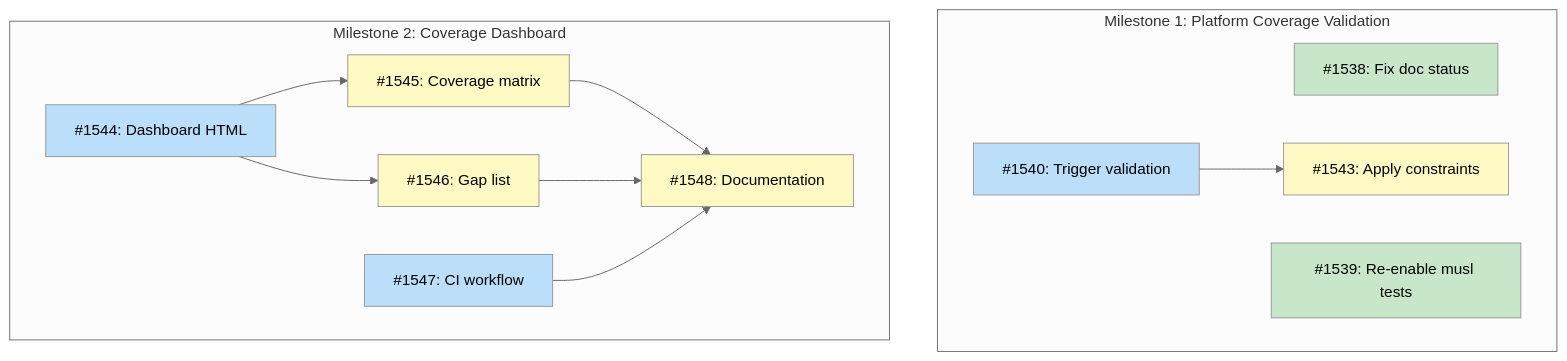
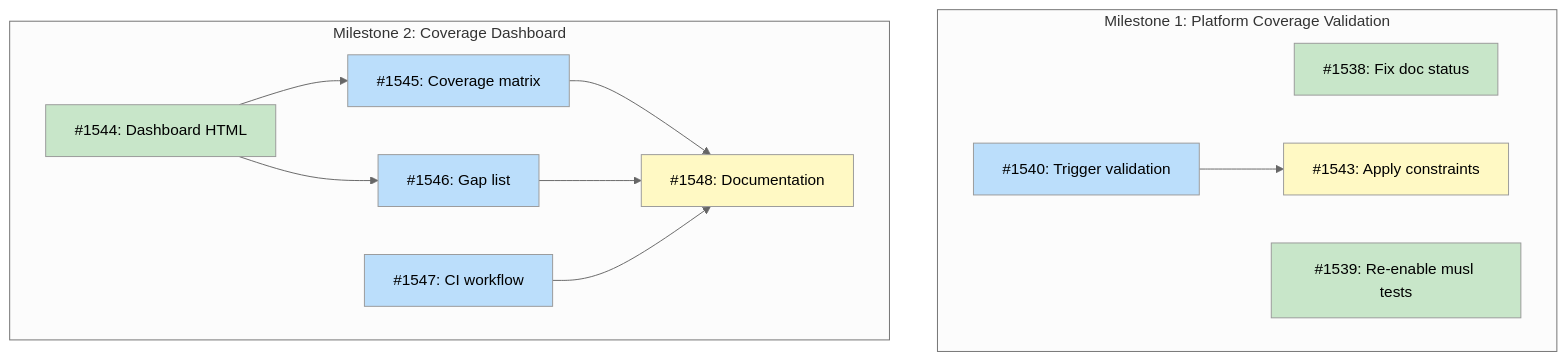
One commit to tsukumogami/tsuku changed the diagram in docs/designs/DESIGN-recipe-coverage-system.md. Above: the diagram before and after it, drawn with Mermaid (neutral theme). The commit also changed other lines of this file, not shown here.

````diff
--- a/docs/designs/DESIGN-recipe-coverage-system.md
+++ b/docs/designs/DESIGN-recipe-coverage-system.md
@@ -51,33 +51,33 @@
 ```mermaid
 graph TD
     subgraph M1["Milestone 1: Platform Coverage Validation"]
         I1538["#1538: Fix doc status"]
         I1539["#1539: Re-enable musl tests"]
         I1540["#1540: Trigger validation"]
         I1543["#1543: Apply constraints"]
     end
 
     subgraph M2["Milestone 2: Coverage Dashboard"]
         I1544["#1544: Dashboard HTML"]
         I1545["#1545: Coverage matrix"]
         I1546["#1546: Gap list"]
         I1547["#1547: CI workflow"]
         I1548["#1548: Documentation"]
     end
 
     I1540 --> I1543
     I1544 --> I1545
     I1544 --> I1546
     I1545 --> I1548
     I1546 --> I1548
     I1547 --> I1548
 
     classDef done fill:#c8e6c9
     classDef ready fill:#bbdefb
     classDef blocked fill:#fff9c4
     classDef needsDesign fill:#e1bee7
 
-    class I1538,I1539 done
-    class I1540,I1544,I1547 ready
-    class I1543,I1545,I1546,I1548 blocked
+    class I1538,I1539,I1544 done
+    class I1540,I1545,I1546,I1547 ready
+    class I1543,I1548 blocked
 ```
````
